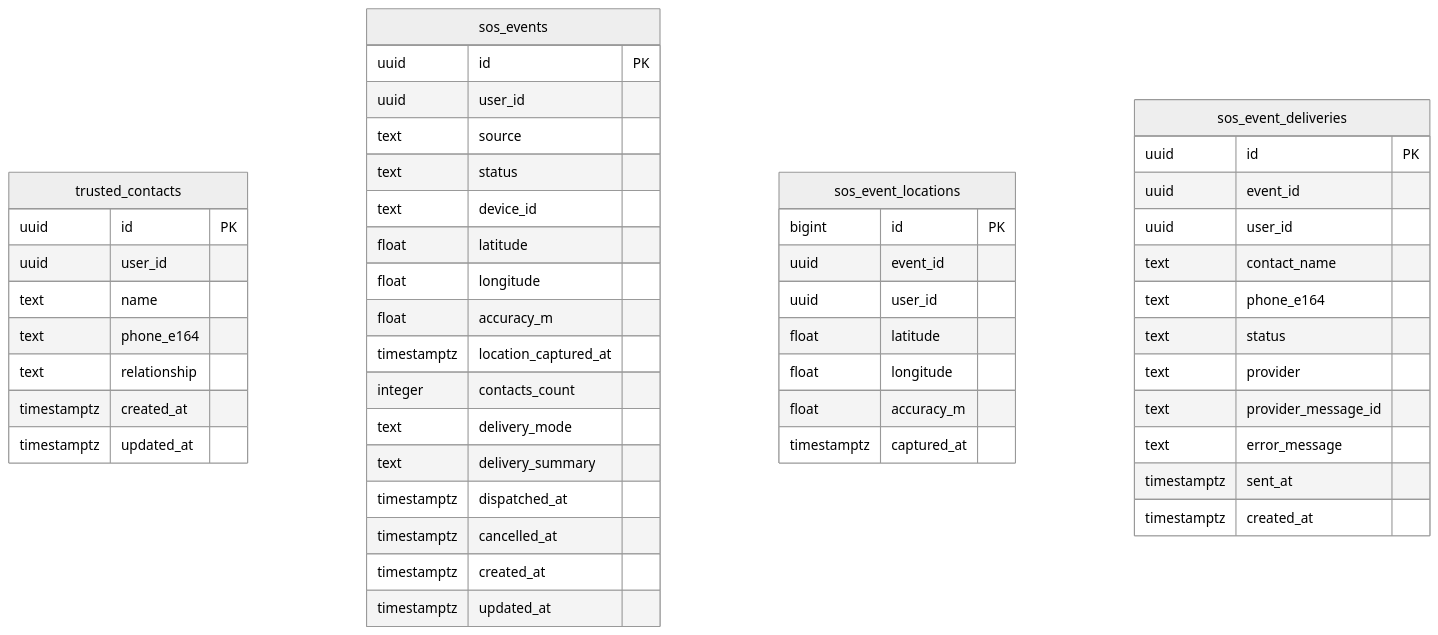
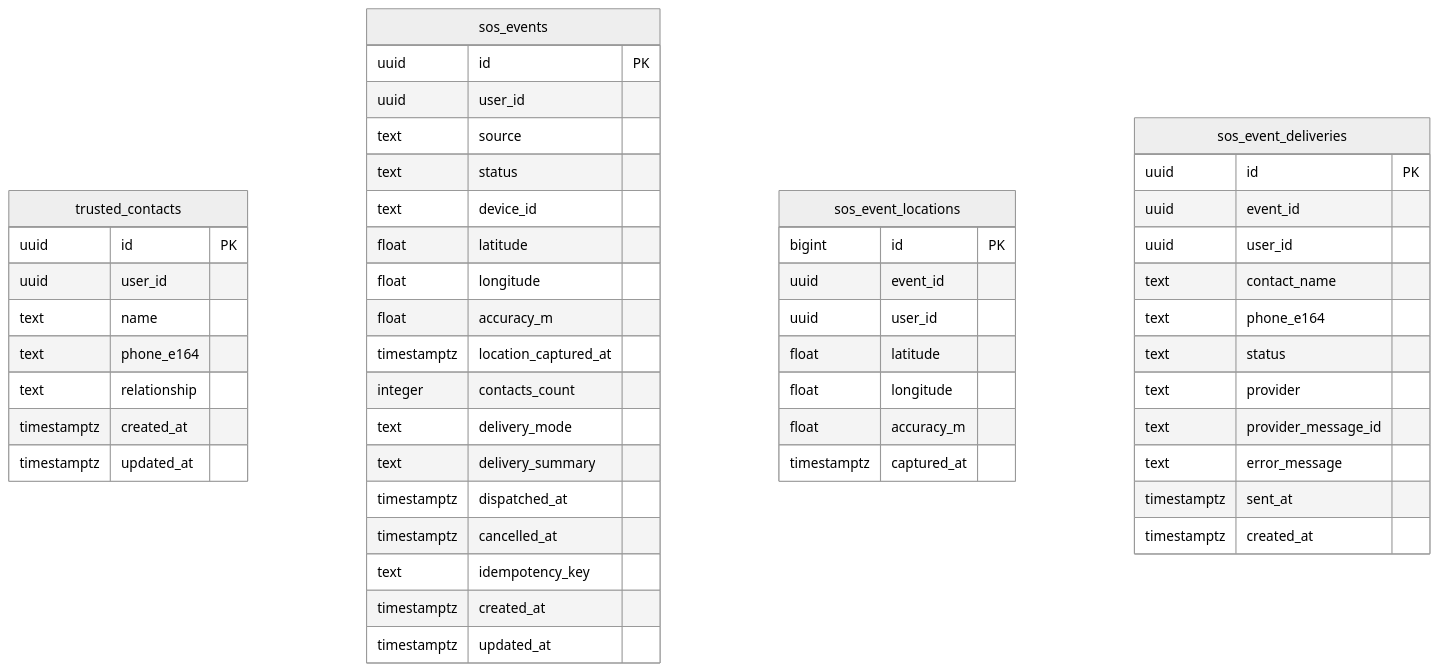
One commit to ayushydv1805/VoicePrint changed the third of 3 diagrams in README.md. Above: the diagram before and after it, drawn with Mermaid (neutral theme). The commit also changed other lines of this file, not shown here.

````diff
--- a/README.md
+++ b/README.md
@@ -306,55 +306,56 @@
 ```mermaid
 erDiagram
     trusted_contacts {
         uuid id PK
         uuid user_id
         text name
         text phone_e164
         text relationship
         timestamptz created_at
         timestamptz updated_at
     }
 
     sos_events {
         uuid id PK
         uuid user_id
         text source
         text status
         text device_id
         float latitude
         float longitude
         float accuracy_m
         timestamptz location_captured_at
         integer contacts_count
         text delivery_mode
         text delivery_summary
         timestamptz dispatched_at
         timestamptz cancelled_at
+        text idempotency_key
         timestamptz created_at
         timestamptz updated_at
     }
 
     sos_event_locations {
         bigint id PK
         uuid event_id
         uuid user_id
         float latitude
         float longitude
         float accuracy_m
         timestamptz captured_at
     }
 
     sos_event_deliveries {
         uuid id PK
         uuid event_id
         uuid user_id
         text contact_name
         text phone_e164
         text status
         text provider
         text provider_message_id
         text error_message
         timestamptz sent_at
         timestamptz created_at
     }
 ```
````
